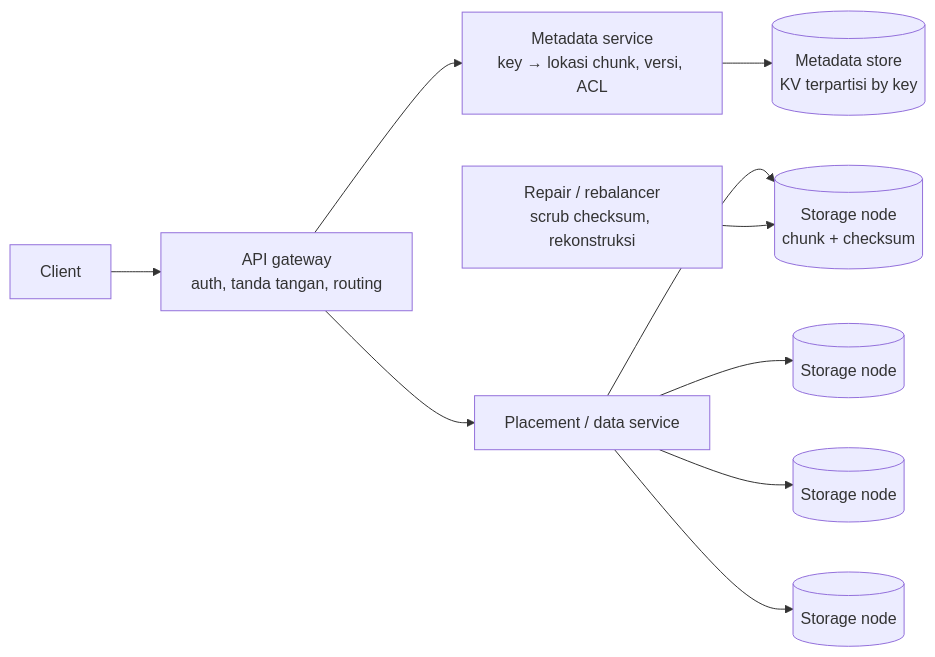
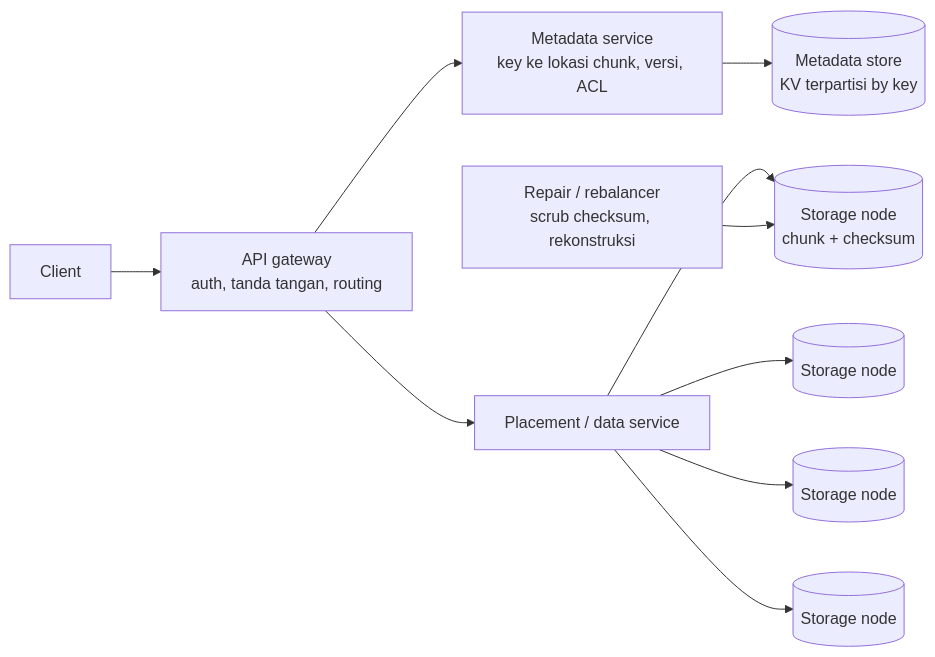
The second of 2 diagrams in src/content/lessons/bagian-2/blob-store.mdx (andreanpradanaa/sysdesign-lab), drawn with Mermaid before and after one commit. The commit also changed other lines of this file and 18 other files, not shown here.

````diff
--- a/src/content/lessons/bagian-2/blob-store.mdx
+++ b/src/content/lessons/bagian-2/blob-store.mdx
@@ -121,12 +121,12 @@
 ```mermaid
 flowchart LR
   C[Client] --> GW[API gateway\nauth, tanda tangan, routing]
-  GW --> M[Metadata service\nkey → lokasi chunk, versi, ACL]
+  GW --> M[Metadata service\nkey ke lokasi chunk, versi, ACL]
   M --> MD[(Metadata store\nKV terpartisi by key)]
   GW --> P[Placement / data service]
   P --> D1[(Storage node\nchunk + checksum)]
   P --> D2[(Storage node)]
   P --> D3[(Storage node)]
   P --> D4[(Storage node)]
   R[Repair / rebalancer\nscrub checksum, rekonstruksi] --> D1
 ```
````
